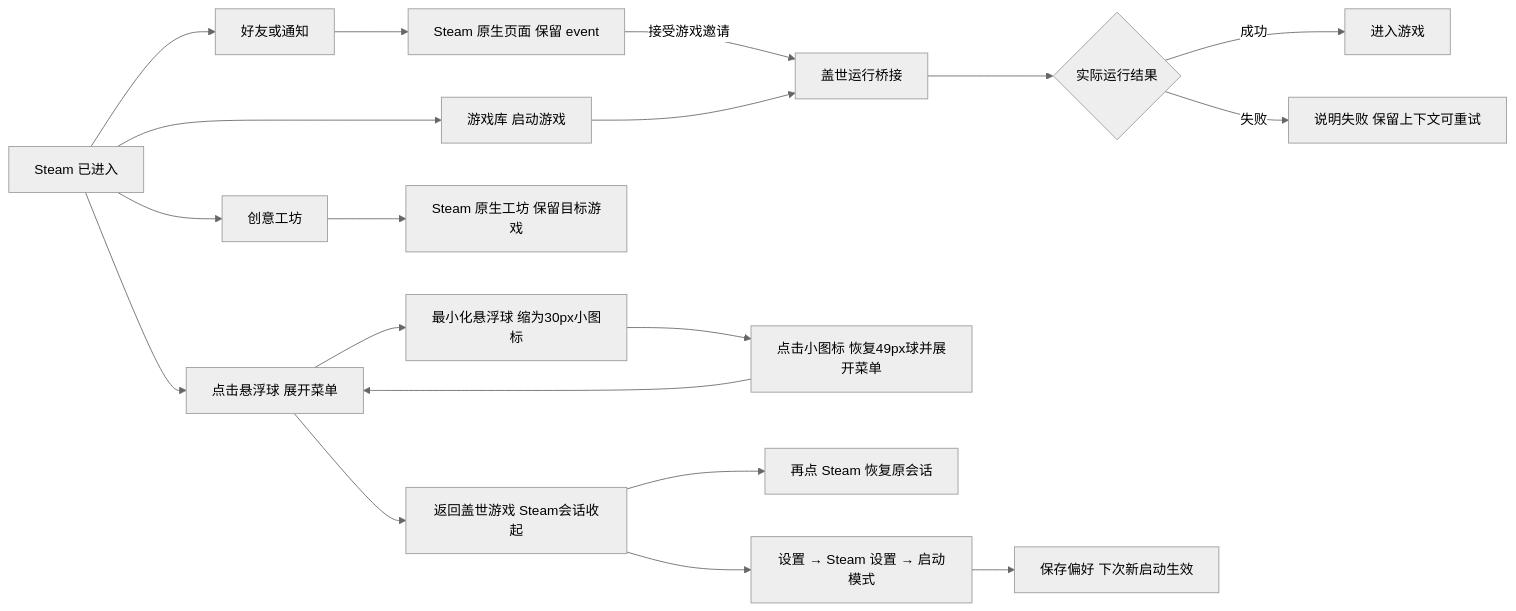
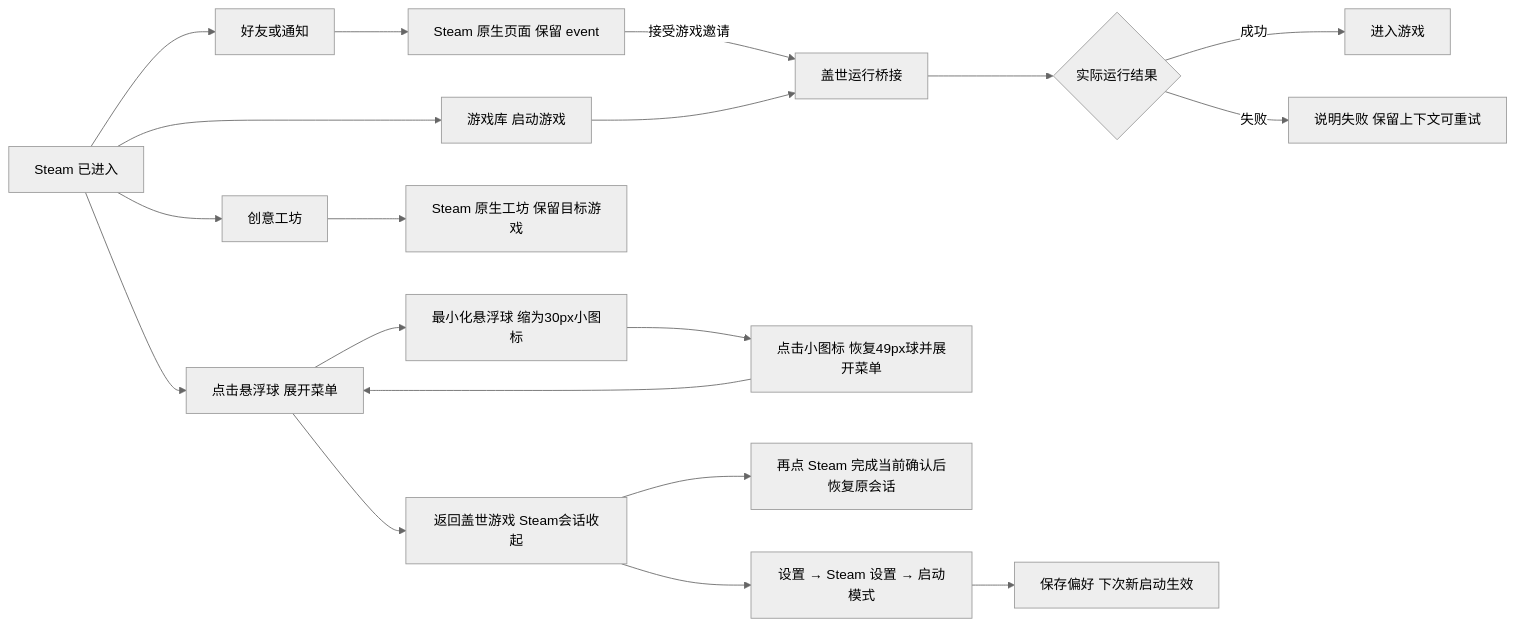
One commit to z36358631-ship-it/- changed the second of 2 diagrams in outputs/steam-integration-20261028/方案与功能清单.md. Above: the diagram before and after it, drawn with Mermaid (neutral theme). The commit also changed other lines of this file and 76 other files, not shown here.

Commit message:
feat: refine Steam consent flow and add QR login state demos

````diff
--- a/outputs/steam-integration-20261028/方案与功能清单.md
+++ b/outputs/steam-integration-20261028/方案与功能清单.md
@@ -107,21 +107,21 @@
 ```mermaid
 flowchart LR
   A[Steam 已进入] --> B[好友或通知]
   A --> C[创意工坊]
   A --> D[游戏库 启动游戏]
   B --> E[Steam 原生页面 保留 event]
   C --> F[Steam 原生工坊 保留目标游戏]
   E -- 接受游戏邀请 --> G[盖世运行桥接]
   D --> G
   G --> H{实际运行结果}
   H -- 成功 --> I[进入游戏]
   H -- 失败 --> J[说明失败 保留上下文可重试]
   A --> B0[点击悬浮球 展开菜单]
   B0 --> B1[最小化悬浮球 缩为30px小图标]
   B1 --> B2[点击小图标 恢复49px球并展开菜单]
   B2 --> B0
   B0 --> K[返回盖世游戏 Steam会话收起]
-  K --> L[再点 Steam 恢复原会话]
+  K --> L[再点 Steam 完成当前确认后恢复原会话]
   K --> M[设置 → Steam 设置 → 启动模式]
   M --> N[保存偏好 下次新启动生效]
 ```
````
